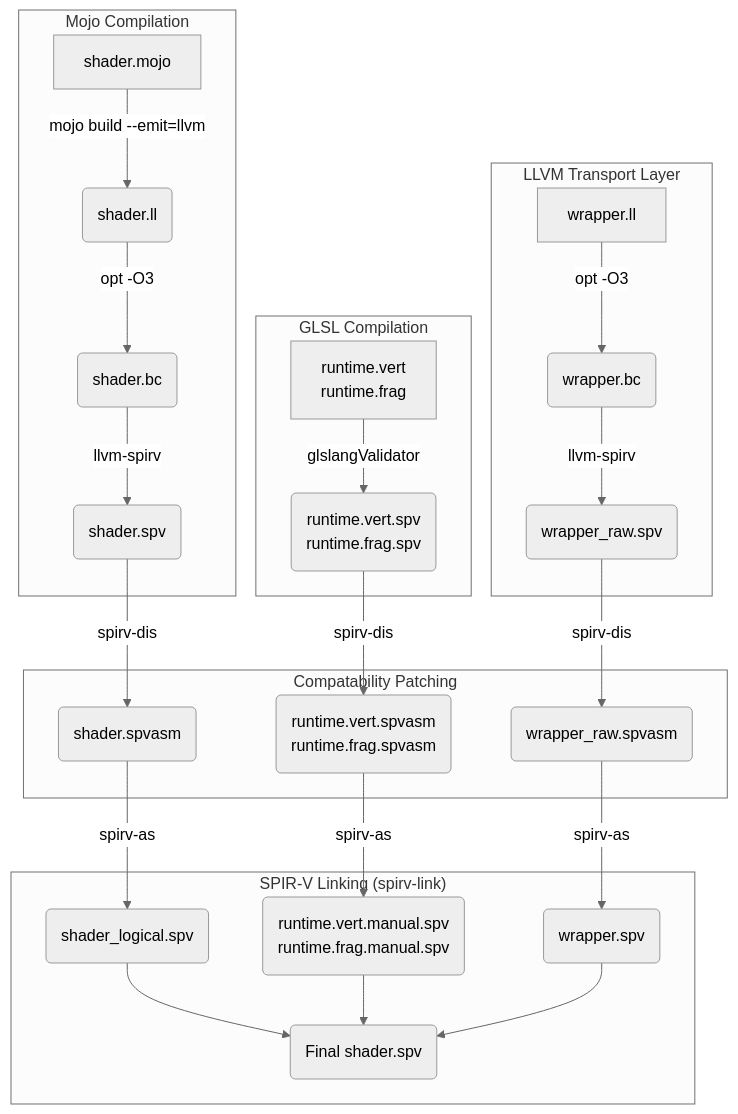
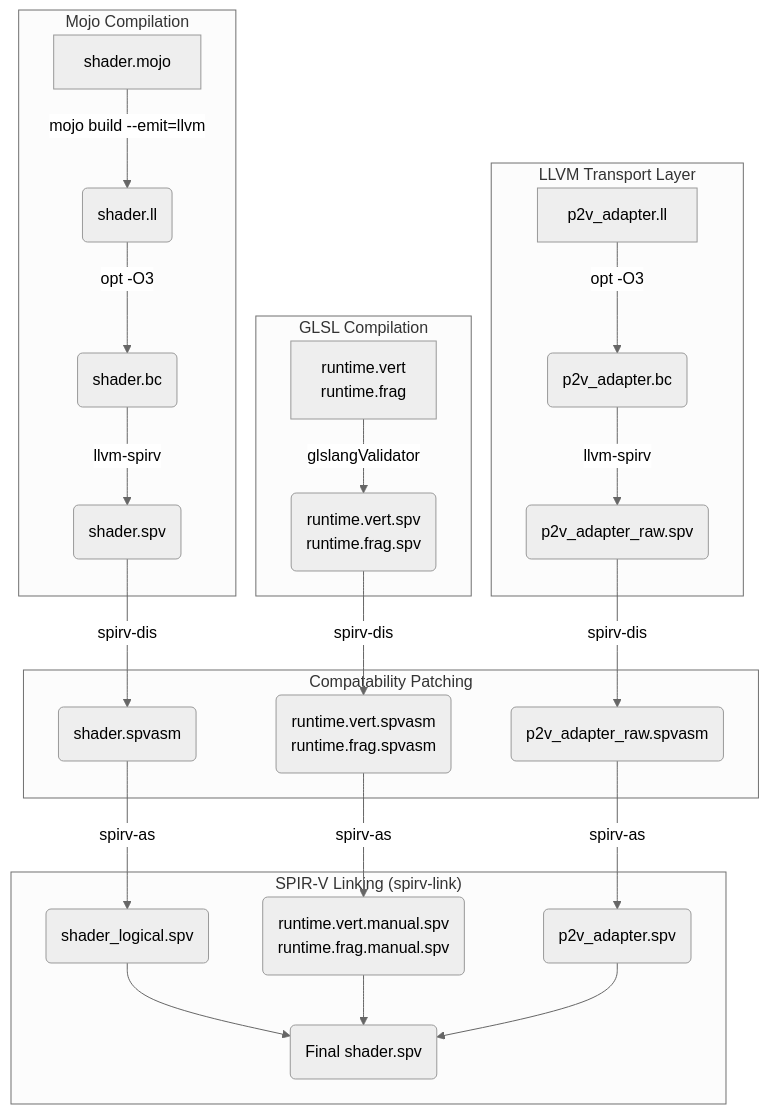
One commit to annhilati/tachyon changed the diagram in tachyon-sdk-mojo/README.md. Above: the diagram before and after it, drawn with Mermaid (neutral theme).

````diff
--- a/tachyon-sdk-mojo/README.md
+++ b/tachyon-sdk-mojo/README.md
@@ -3,32 +3,32 @@
 ```mermaid
 flowchart TD
     subgraph Mojo ["Mojo Compilation"]
         M1[shader.mojo] -->|mojo build --emit=llvm| M2(shader.ll)
         M2 -->|opt -O3| M3(shader.bc)
         M3 -->|llvm-spirv| M4(shader.spv)
     end
 
     subgraph Transport ["LLVM Transport Layer"]
-        T1[wrapper.ll] -->|opt -O3| T2(wrapper.bc)
-        T2 -->|llvm-spirv| T3(wrapper_raw.spv)
+        T1[p2v_adapter.ll] -->|opt -O3| T2(p2v_adapter.bc)
+        T2 -->|llvm-spirv| T3(p2v_adapter_raw.spv)
     end
 
     subgraph GLSL ["GLSL Compilation"]
         R1[runtime.vert<br>runtime.frag] -->|glslangValidator| R2(runtime.vert.spv<br>runtime.frag.spv)
     end
     
     subgraph Patching ["Compatability Patching"]
         M4 -->|spirv-dis| P1(shader.spvasm)
         R2 -->|spirv-dis| R3(runtime.vert.spvasm<br>runtime.frag.spvasm)
-        T3 -->|spirv-dis| P2(wrapper_raw.spvasm)
+        T3 -->|spirv-dis| P2(p2v_adapter_raw.spvasm)
     end
     
     subgraph Linking ["SPIR-V Linking (spirv-link)"]
         P1 -->|spirv-as| L1(shader_logical.spv)
         R3 -->|spirv-as| L2(runtime.vert.manual.spv<br>runtime.frag.manual.spv)
-        P2 -->|spirv-as| L3(wrapper.spv)
+        P2 -->|spirv-as| L3(p2v_adapter.spv)
         L1 --> LF(Final shader.spv)
         L2 --> LF
         L3 --> LF
     end
 ```
````
